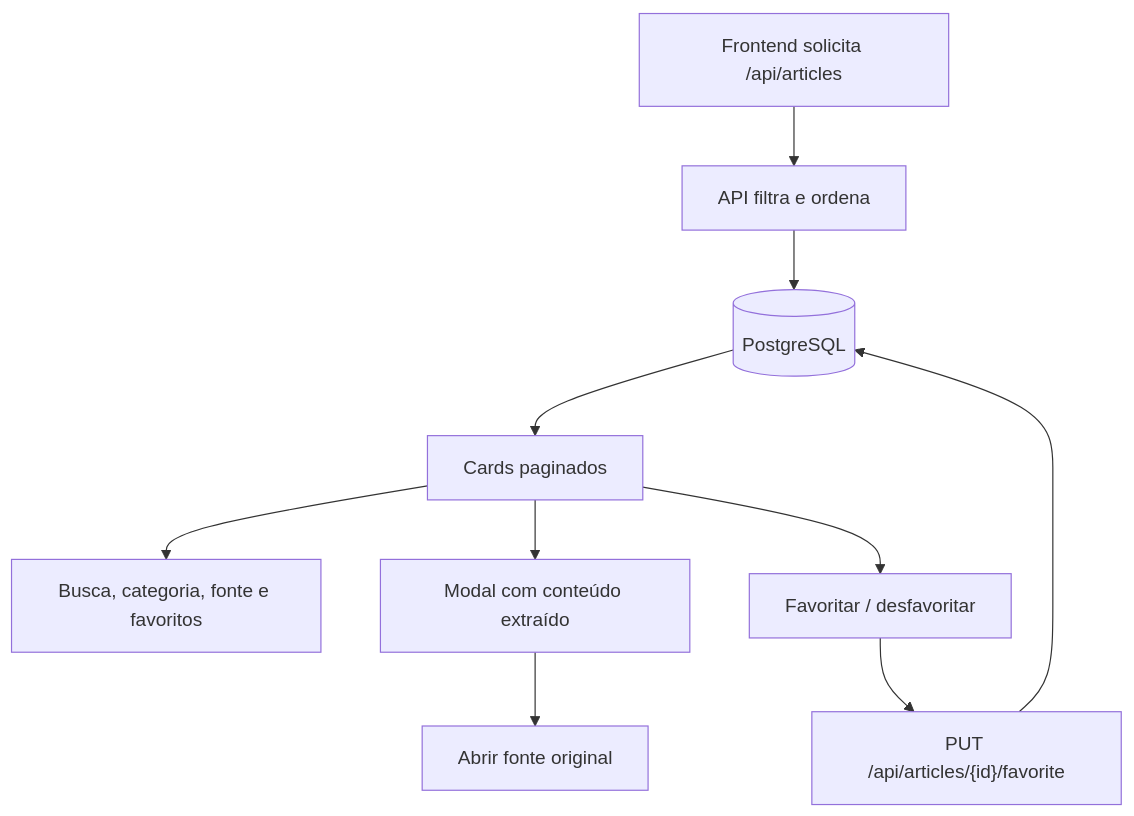
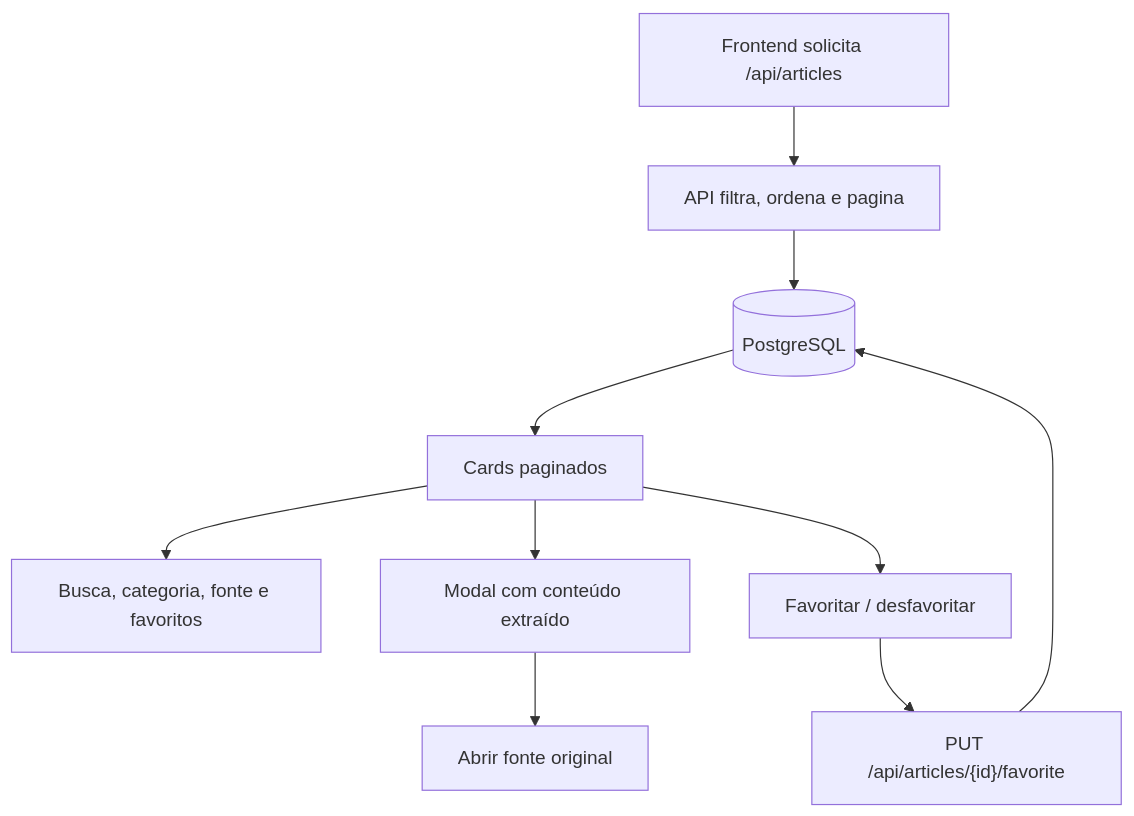
One commit to avmesquita/rss-reader-rabbitmq-rebus-scrapper changed the third of 3 diagrams in README.md. Above: the diagram before and after it, drawn with Mermaid. The commit also changed other lines of this file and 7 other files, not shown here.

````diff
--- a/README.md
+++ b/README.md
@@ -89,12 +158,12 @@
 ```mermaid
 flowchart TD
-	Load["Frontend solicita /api/articles"] --> Query["API filtra e ordena"]
-	Query --> DB[("PostgreSQL")]
-	DB --> Cards["Cards paginados"]
-	Cards --> Filters["Busca, categoria, fonte e favoritos"]
-	Cards --> Modal["Modal com conteúdo extraído"]
-	Modal --> Source["Abrir fonte original"]
-	Cards --> Favorite["Favoritar / desfavoritar"]
-	Favorite --> API["PUT /api/articles/{id}/favorite"]
-	API --> DB
+    Load["Frontend solicita /api/articles"] --> Query["API filtra, ordena e pagina"]
+    Query --> DB[("PostgreSQL")]
+    DB --> Cards["Cards paginados"]
+    Cards --> Filters["Busca, categoria, fonte e favoritos"]
+    Cards --> Modal["Modal com conteúdo extraído"]
+    Modal --> Source["Abrir fonte original"]
+    Cards --> Favorite["Favoritar / desfavoritar"]
+    Favorite --> API["PUT /api/articles/{id}/favorite"]
+    API --> DB
 ```
````
